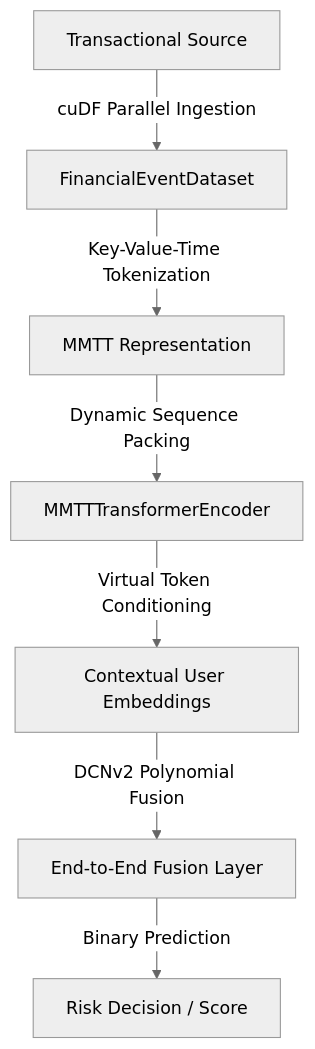
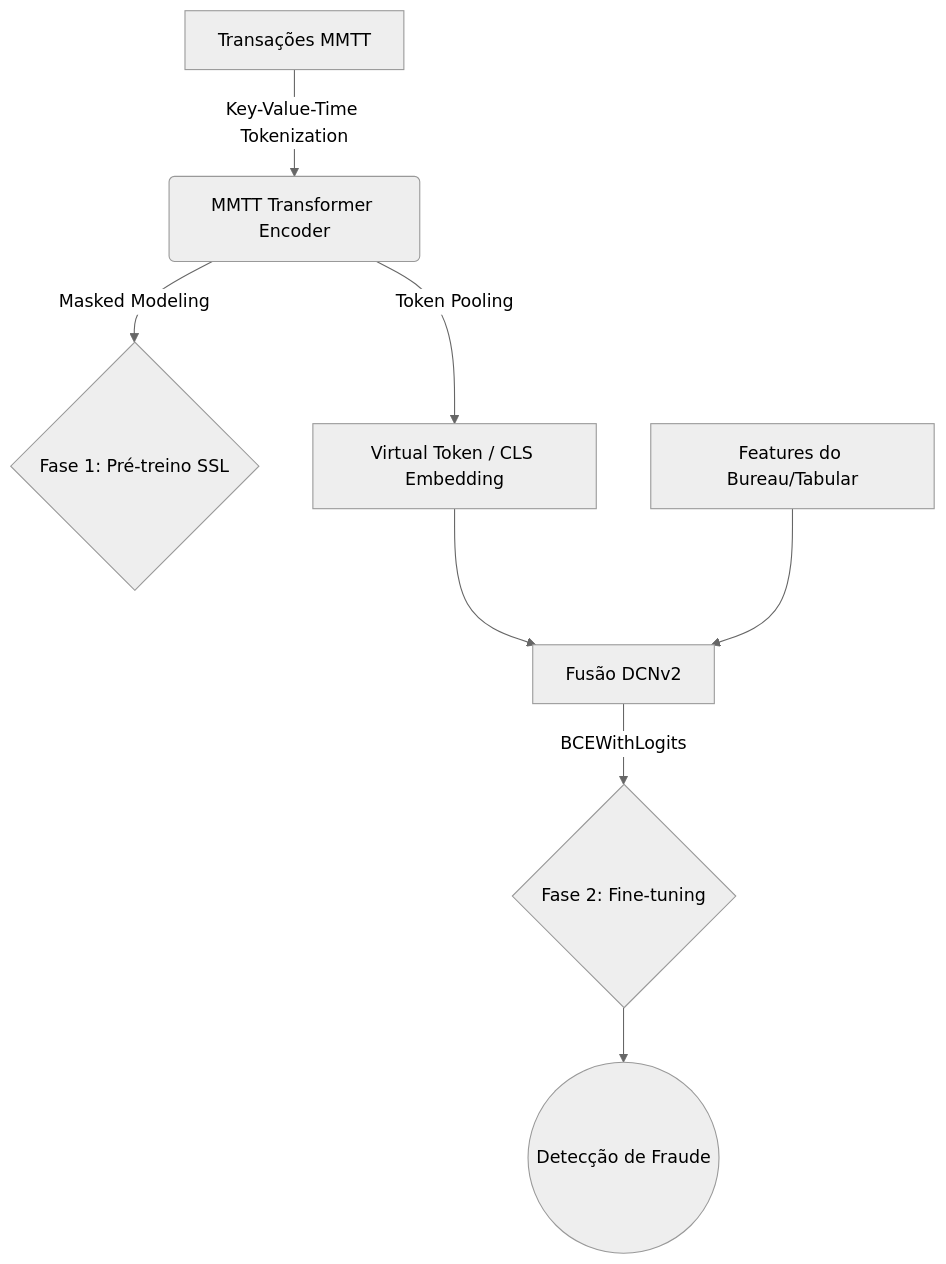
One commit to vfcarida/Large-Data-Models-LDMs- changed the diagram in README.md. Above: the diagram before and after it, drawn with Mermaid (neutral theme). The commit also changed other lines of this file and 25 other files, not shown here.

````diff
--- a/README.md
+++ b/README.md
@@ -11,9 +62,10 @@
 ```mermaid
 graph TD
-    A[Transactional Source] -->|cuDF Parallel Ingestion| B[FinancialEventDataset]
-    B -->|Key-Value-Time Tokenization| C[MMTT Representation]
-    C -->|Dynamic Sequence Packing| D[MMTTTransformerEncoder]
-    D -->|Virtual Token Conditioning| E[Contextual User Embeddings]
-    E -->|DCNv2 Polynomial Fusion| F[End-to-End Fusion Layer]
-    F -->|Binary Prediction| G[Risk Decision / Score]
+    A[Transações MMTT] -->|Key-Value-Time Tokenization| B(MMTT Transformer Encoder)
+    B -->|Masked Modeling| C{Fase 1: Pré-treino SSL}
+    B -->|Token Pooling| D[Virtual Token / CLS Embedding]
+    D --> E[Fusão DCNv2]
+    F[Features do Bureau/Tabular] --> E
+    E -->|BCEWithLogits| G{Fase 2: Fine-tuning}
+    G --> H((Detecção de Fraude))
 ```
````
